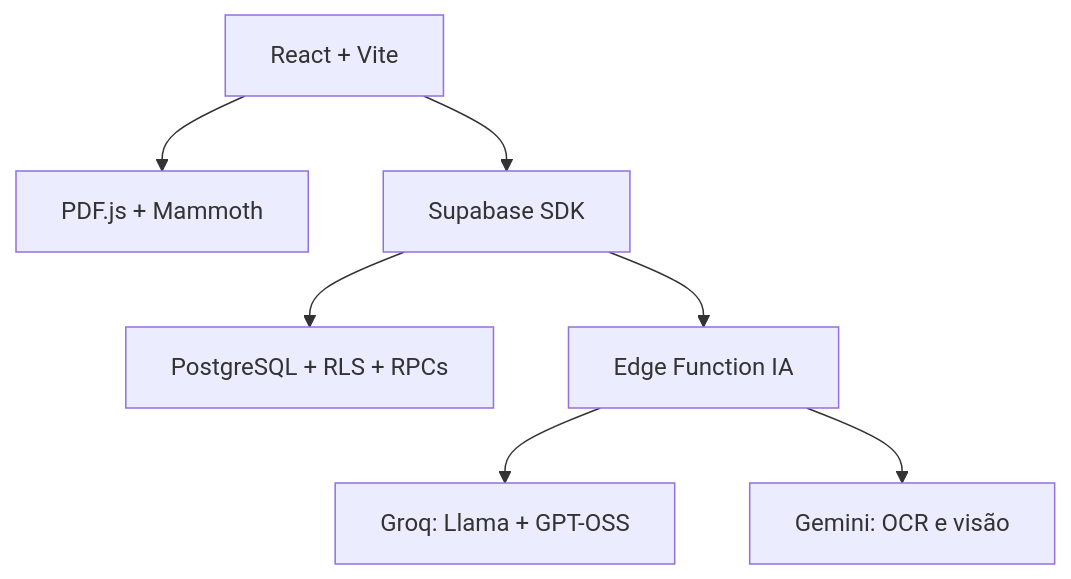
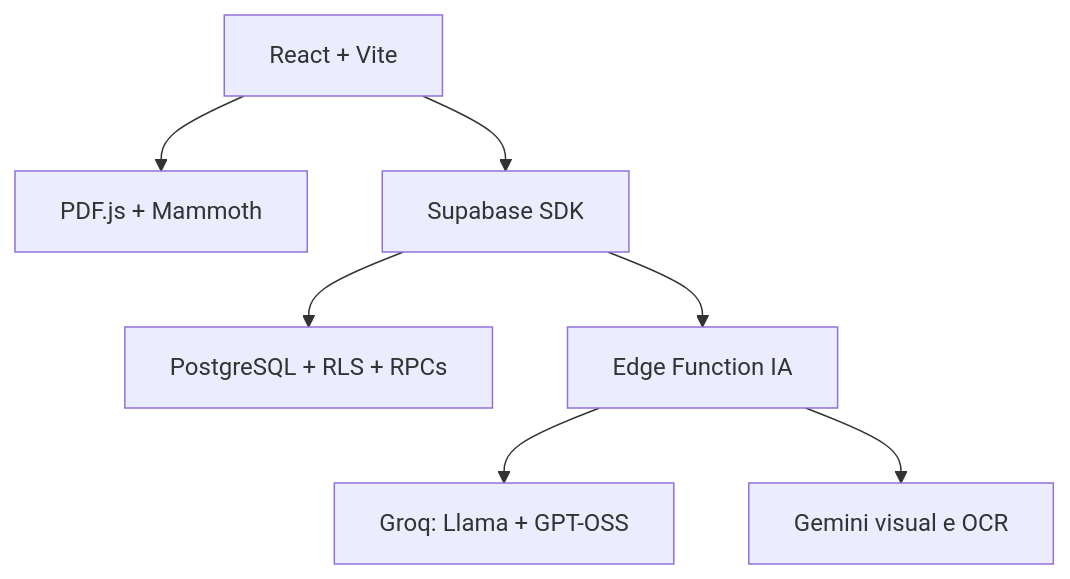
One commit to Johnny117-maker/plataforma-estudos-2 changed the diagram in README.md. Above: the diagram before and after it, drawn with Mermaid. The commit also changed other lines of this file and 18 other files, not shown here.

````diff
--- a/README.md
+++ b/README.md
@@ -26,9 +29,9 @@
 ```mermaid
 flowchart TD
   UI[React + Vite] --> LOCAL[PDF.js + Mammoth]
   UI --> SDK[Supabase SDK]
   SDK --> DB[PostgreSQL + RLS + RPCs]
   SDK --> EDGE[Edge Function IA]
   EDGE --> GROQ[Groq: Llama + GPT-OSS]
-  EDGE --> GEMINI[Gemini: OCR e visão]
+  EDGE --> GEMINI[Gemini visual e OCR]
 ```
````
